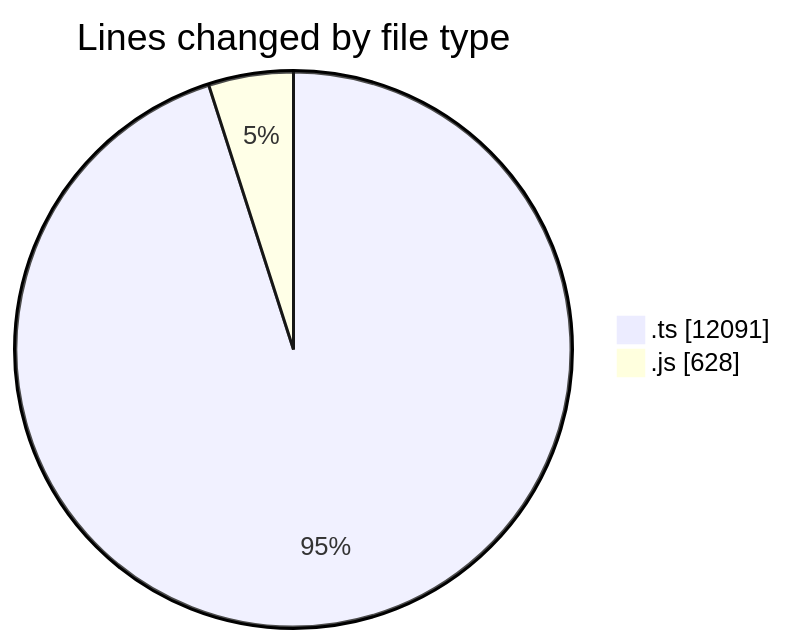
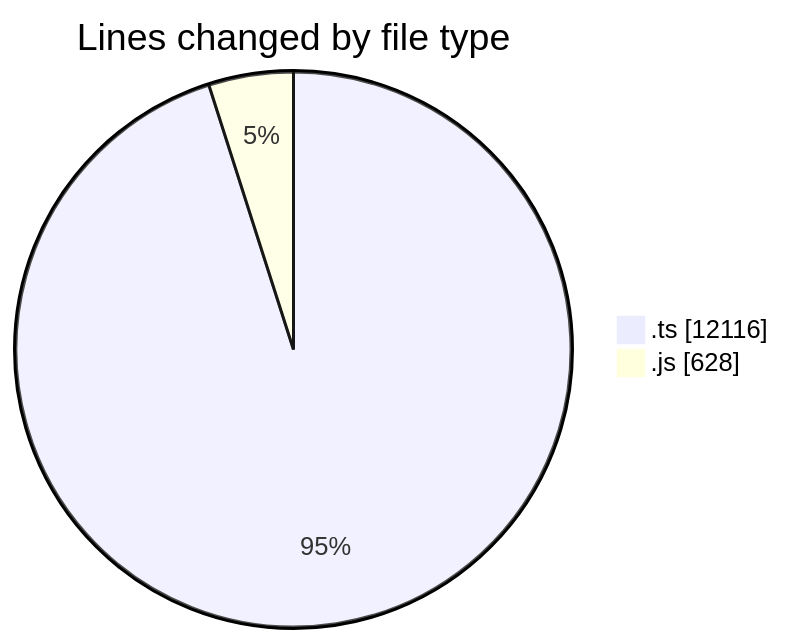
One commit to momahboobian/code-tracking changed the first of 2 diagrams in 2025-09-05/cda/README.md. Above: the diagram before and after it, drawn with Mermaid. The commit also changed other lines of this file and 1 other file, not shown here.

````diff
--- a/2025-09-05/cda/README.md
+++ b/2025-09-05/cda/README.md
@@ -24,6 +24,6 @@
 ```mermaid
 pie showData
 title Lines changed by file type
-".ts" : 12091
+".ts" : 12116
 ".js" : 628
 ```
````
